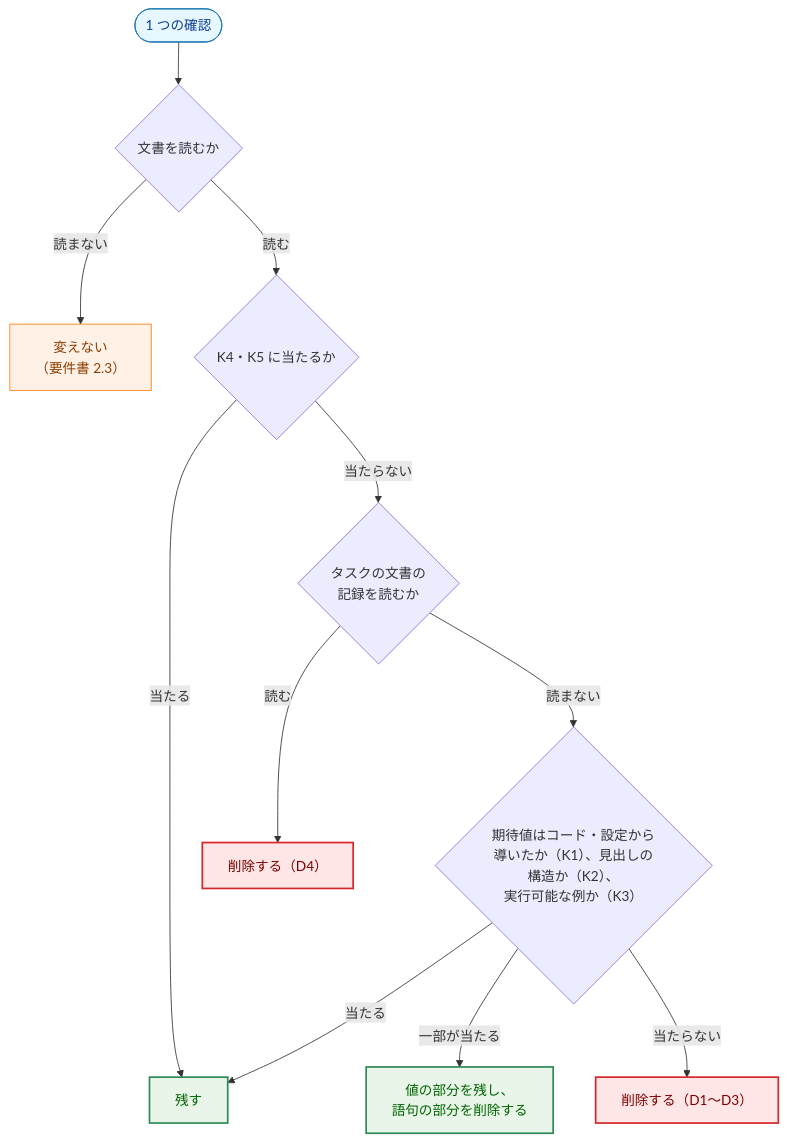
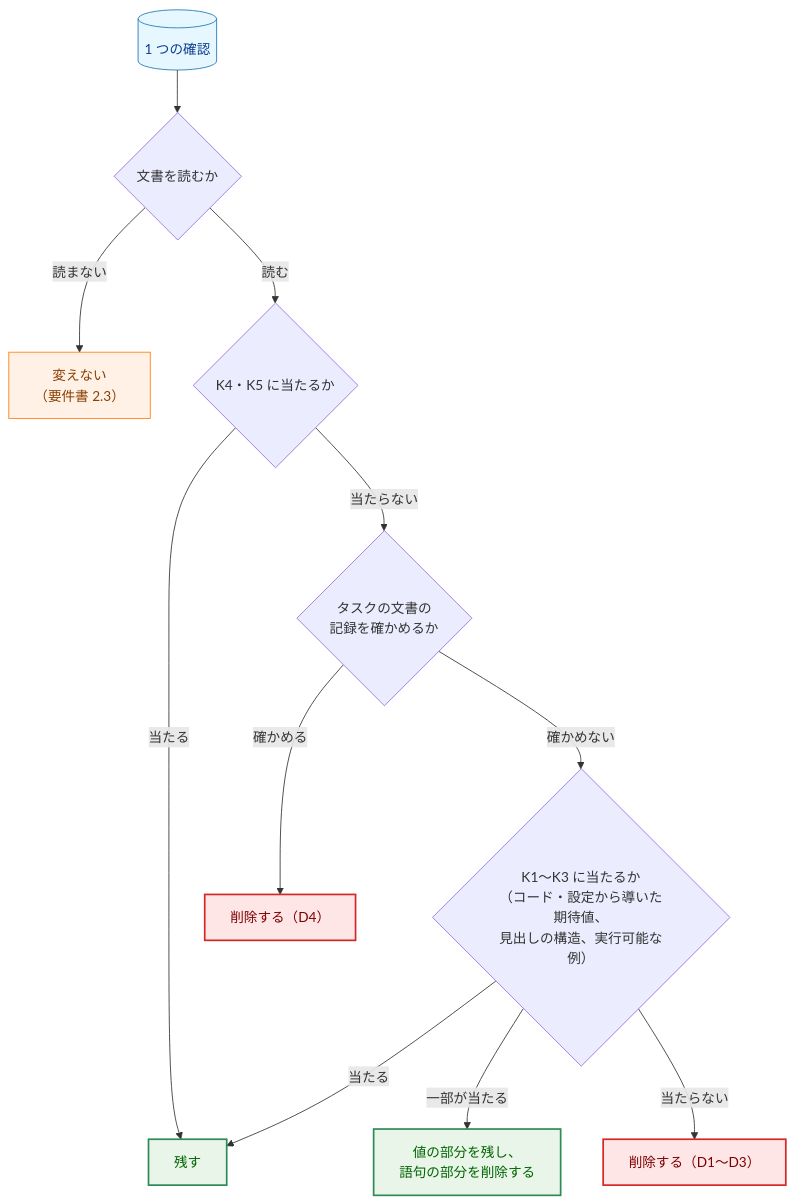
The first of 10 diagrams in docs/tasks/0038_doc_test_pruning/02_architecture.md (isseis/yt2column), drawn with Mermaid before and after one commit. The commit also changed other lines of this file and 1 other file, not shown here.

First line of the commit message:
docs(0038): resolve the architecture review findings

````diff
--- a/docs/tasks/0038_doc_test_pruning/02_architecture.md
+++ b/docs/tasks/0038_doc_test_pruning/02_architecture.md
@@ -54,24 +61,24 @@
 ```mermaid
 flowchart TD
     classDef data fill:#e6f7ff,stroke:#1f77b4,stroke-width:1px,color:#0b3d91;
     classDef process fill:#fff1e6,stroke:#ff7f0e,stroke-width:1px,color:#8a3e00;
     classDef enhanced fill:#e8f5e8,stroke:#2e8b57,stroke-width:2px,color:#006400;
     classDef problem fill:#ffe6e6,stroke:#d62728,stroke-width:2px,color:#7b0000;
 
-    C(["1 つの確認"]) --> Q0{"文書を読むか"}
+    C[("1 つの確認")] --> Q0{"文書を読むか"}
     Q0 -->|"読まない"| OOS["変えない<br>（要件書 2.3）"]
     Q0 -->|"読む"| Q1{"K4・K5 に当たるか"}
     Q1 -->|"当たる"| KEEP["残す"]
-    Q1 -->|"当たらない"| Q2{"タスクの文書の<br>記録を読むか"}
-    Q2 -->|"読む"| DEL["削除する（D4）"]
-    Q2 -->|"読まない"| Q3{"期待値はコード・設定から<br>導いたか（K1）、見出しの構造か（K2）、<br>実行可能な例か（K3）"}
+    Q1 -->|"当たらない"| Q2{"タスクの文書の<br>記録を確かめるか"}
+    Q2 -->|"確かめる"| DEL["削除する（D4）"]
+    Q2 -->|"確かめない"| Q3{"K1〜K3 に当たるか<br>（コード・設定から導いた期待値、<br>見出しの構造、実行可能な例）"}
     Q3 -->|"当たる"| KEEP
     Q3 -->|"一部が当たる"| PART["値の部分を残し、<br>語句の部分を削除する"]
     Q3 -->|"当たらない"| DEL2["削除する（D1〜D3）"]
 
     class C data
     class OOS process
     class KEEP enhanced
     class PART enhanced
     class DEL,DEL2 problem
 ```
````
